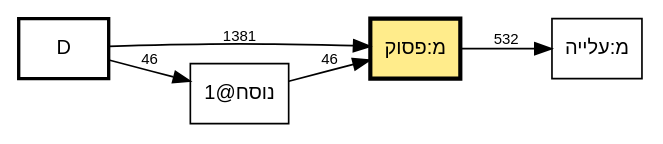
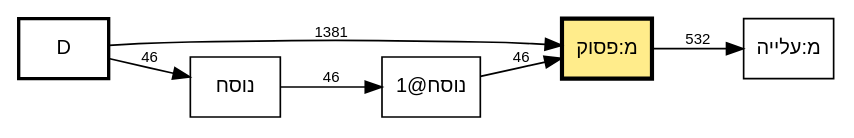
Before and after one commit to bdenckla/MAM-basics: the diagram in out/tmpl-survey-plus/plus-pasuk-call-graph.dot, drawn with Graphviz. The commit also changed 21 other files, not shown here.

```diff
--- a/out/tmpl-survey-plus/plus-pasuk-call-graph.dot
+++ b/out/tmpl-survey-plus/plus-pasuk-call-graph.dot
@@ -1,22 +1,23 @@
 // This file was generated by MAM-basics/py/main_tmpl_survey.py.
 // Do not edit by hand.
 digraph template_call_graph {
     rankdir=LR;
     node [fontname="SBL Hebrew,Helvetica", fontsize=12];
     edge [fontname="Helvetica", fontsize=9];
     graph [comment="This file was generated by MAM-basics/py/main_tmpl_survey.py."];
 
     // Column nodes
     node [shape=box, style=bold];
     "D";
 
     // Template nodes
     node [shape=box, style=""];
     "מ:פסוק" [fillcolor="lightgoldenrod1", style="filled", penwidth=2.5];
 
     // Edges
     "D" -> "מ:פסוק" [label="1381"];
-    "D" -> "נוסח@1" [label="46"];
+    "D" -> "נוסח" [label="46"];
     "מ:פסוק" -> "מ:עלייה" [label="532"];
+    "נוסח" -> "נוסח@1" [label="46"];
     "נוסח@1" -> "מ:פסוק" [label="46"];
 }
```
